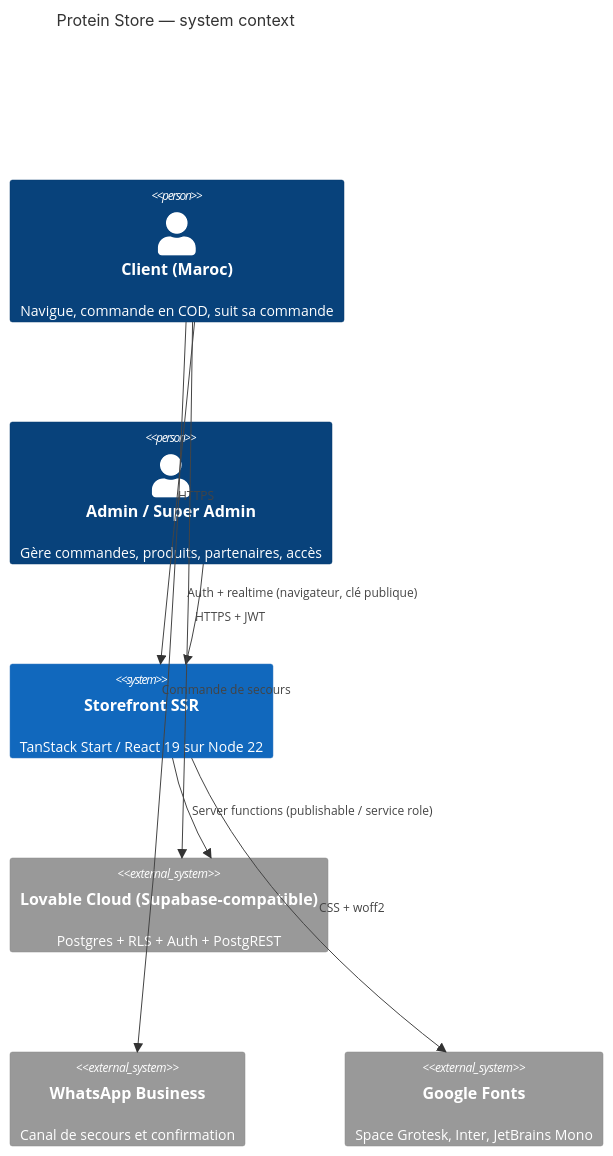
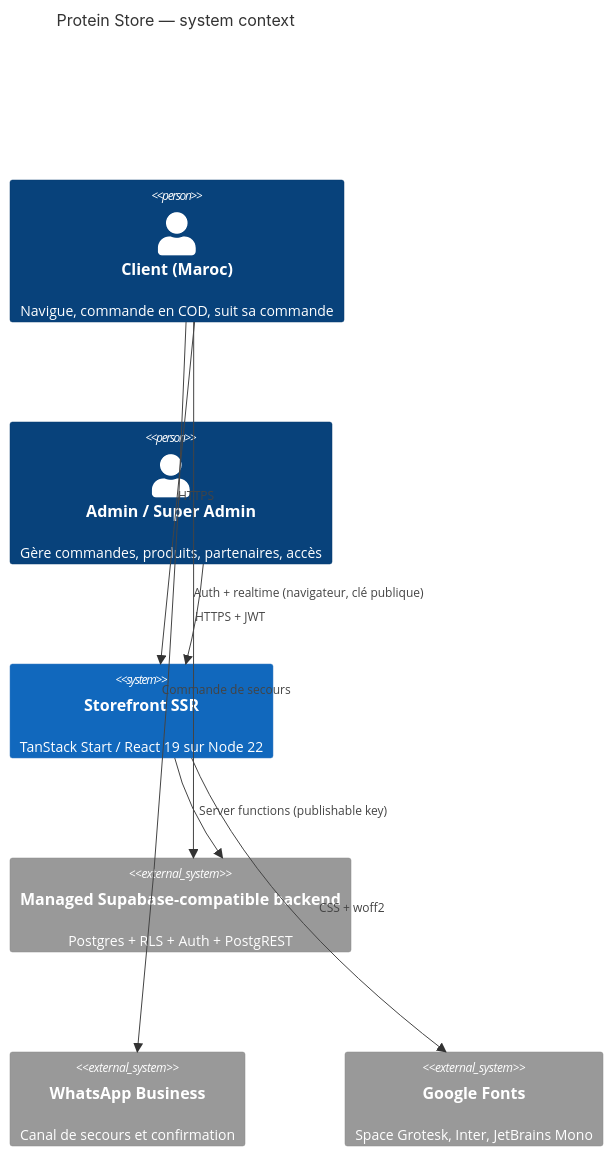
Before and after one commit to proteinstore26-morocco/proteinstore: the first of 2 diagrams in docs/03-architecture.md, drawn with Mermaid. The commit also changed other lines of this file and 40 other files, not shown here.

````diff
--- a/docs/03-architecture.md
+++ b/docs/03-architecture.md
@@ -5,17 +5,17 @@
 ```mermaid
 C4Context
   title Protein Store — system context
   Person(customer, "Client (Maroc)", "Navigue, commande en COD, suit sa commande")
   Person(admin, "Admin / Super Admin", "Gère commandes, produits, partenaires, accès")
   System(web, "Storefront SSR", "TanStack Start / React 19 sur Node 22")
-  System_Ext(cloud, "Lovable Cloud (Supabase-compatible)", "Postgres + RLS + Auth + PostgREST")
+  System_Ext(cloud, "Managed Supabase-compatible backend", "Postgres + RLS + Auth + PostgREST")
   System_Ext(wa, "WhatsApp Business", "Canal de secours et confirmation")
   System_Ext(fonts, "Google Fonts", "Space Grotesk, Inter, JetBrains Mono")
 
   Rel(customer, web, "HTTPS")
   Rel(admin, web, "HTTPS + JWT")
-  Rel(web, cloud, "Server functions (publishable / service role)")
+  Rel(web, cloud, "Server functions (publishable key)")
   Rel(customer, cloud, "Auth + realtime (navigateur, clé publique)")
   Rel(customer, wa, "Commande de secours")
   Rel(web, fonts, "CSS + woff2")
 ```
````
